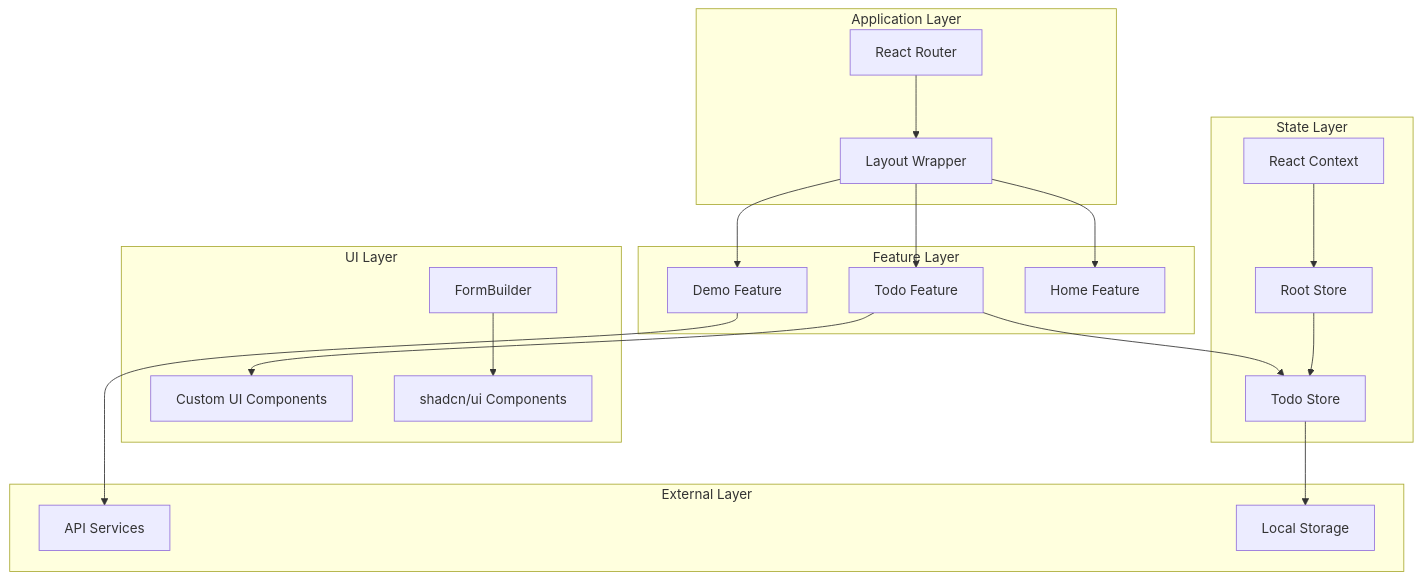
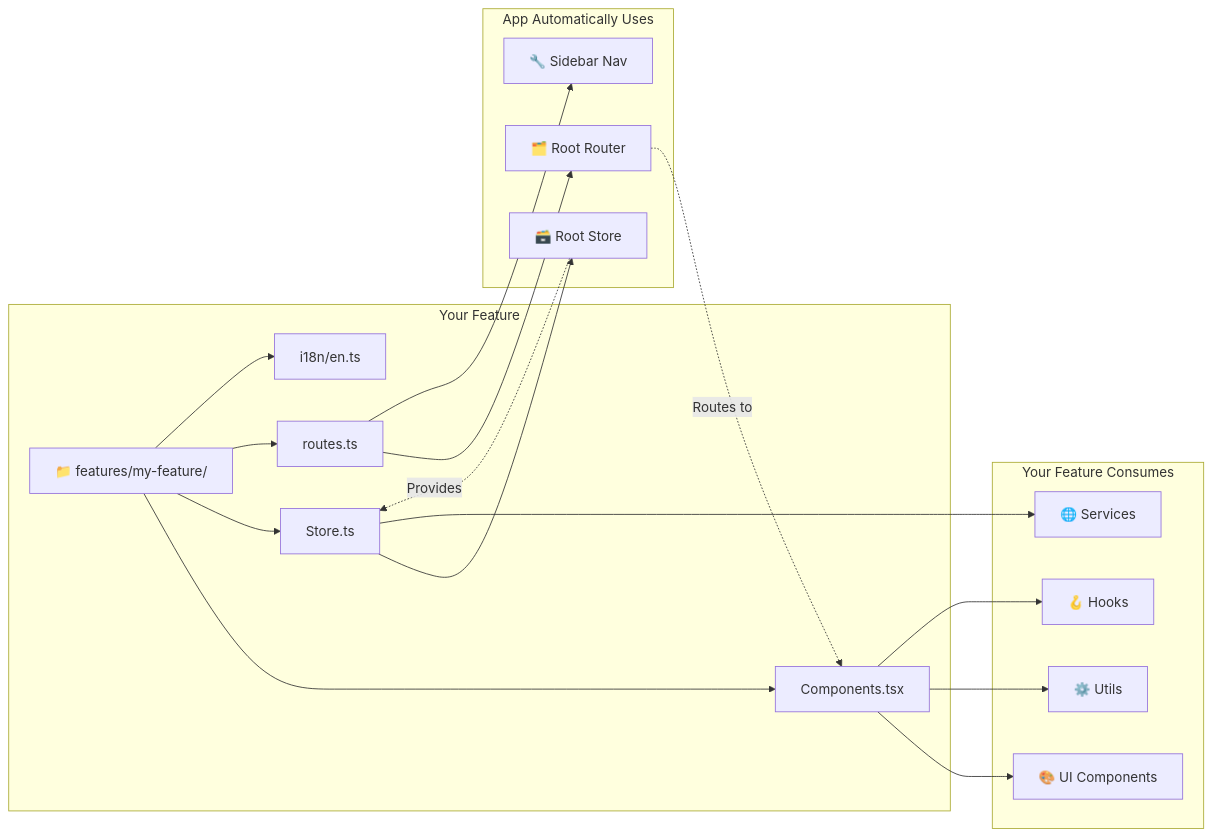
The diagram in README.md (letanure/react-mobx-starter), drawn with Mermaid before and after one commit.

Commit message:
docs: redesign architecture diagram to show feature-based workflow
- Focus on what developers actually need to understand
- Show how creating a feature folder automatically integrates with app
- Display the exports (routes, store) and imports (UI components, utils)
- Use clear mental model: create feature → app wires it up → consume shared resources
- Remove implementation details, focus on developer workflow

🤖 Generated with [Claude Code](https://claude.ai/code)

````diff
--- a/README.md
+++ b/README.md
@@ -121,44 +121,35 @@
 ```mermaid
-graph TB
-    subgraph "Application Layer"
-        Router[React Router]
-        Layout[Layout Wrapper]
+graph LR
+    subgraph "Your Feature"
+        F[📁 features/my-feature/]
+        F --> FC[Components.tsx]
+        F --> FS[Store.ts]
+        F --> FR[routes.ts]
+        F --> FI[i18n/en.ts]
     end
     
-    subgraph "Feature Layer"
-        Todo[Todo Feature]
-        Demo[Demo Feature]
-        Home[Home Feature]
+    subgraph "App Automatically Uses"
+        RR[🗂️ Root Router]
+        RS[🗃️ Root Store]
+        SB[🔧 Sidebar Nav]
     end
     
-    subgraph "UI Layer"
-        FormBuilder[FormBuilder]
-        CustomUI[Custom UI Components]
-        ShadcnUI[shadcn/ui Components]
+    subgraph "Your Feature Consumes"
+        UI[🎨 UI Components]
+        UT[⚙️ Utils]
+        SV[🌐 Services]
+        HK[🪝 Hooks]
     end
     
-    subgraph "State Layer"
-        RootStore[Root Store]
-        TodoStore[Todo Store]
-        Context[React Context]
-    end
+    FR --> RR
+    FS --> RS
+    FR --> SB
     
-    subgraph "External Layer"
-        API[API Services]
-        Storage[Local Storage]
-    end
+    FC --> UI
+    FC --> UT
+    FC --> HK
+    FS --> SV
     
-    Router --> Layout
-    Layout --> Todo
-    Layout --> Demo
-    Layout --> Home
-    
-    Todo --> CustomUI
-    Todo --> TodoStore
-    Demo --> API
-    FormBuilder --> ShadcnUI
-    
-    RootStore --> TodoStore
-    Context --> RootStore
-    TodoStore --> Storage
+    RR -.->|Routes to| FC
+    RS -.->|Provides| FS
 ```
````
